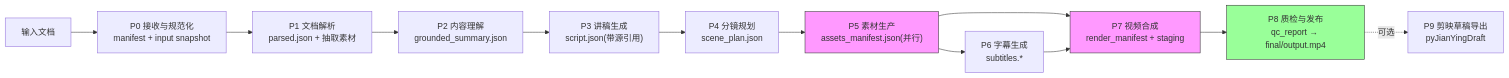
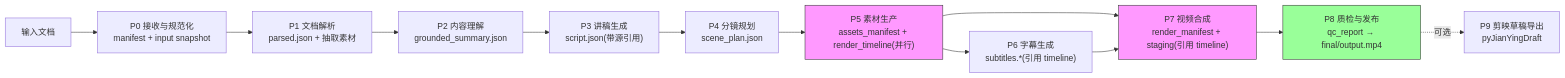
Before and after one commit to raoziqiang/doc2video: the diagram in 技术方案.md, drawn with Mermaid. The commit also changed other lines of this file and 1 other file, not shown here.

````diff
--- a/技术方案.md
+++ b/技术方案.md
@@ -137,18 +137,18 @@
 ```mermaid
 flowchart LR
     A[输入文档] --> B["P0 接收与规范化<br/>manifest + input snapshot"]
     B --> C["P1 文档解析<br/>parsed.json + 抽取素材"]
     C --> D["P2 内容理解<br/>grounded_summary.json"]
     D --> E["P3 讲稿生成<br/>script.json(带源引用)"]
     E --> F["P4 分镜规划<br/>scene_plan.json"]
-    F --> G["P5 素材生产<br/>assets_manifest.json(并行)"]
-    G --> H["P6 字幕生成<br/>subtitles.*"]
-    G --> I["P7 视频合成<br/>render_manifest + staging"]
+    F --> G["P5 素材生产<br/>assets_manifest + render_timeline(并行)"]
+    G --> H["P6 字幕生成<br/>subtitles.*(引用 timeline)"]
+    G --> I["P7 视频合成<br/>render_manifest + staging(引用 timeline)"]
     H --> I
     I --> J["P8 质检与发布<br/>qc_report → final/output.mp4"]
     J -.->|可选| K["P9 剪映草稿导出<br/>pyJianYingDraft"]
 
     style G fill:#f9f,stroke:#333
     style I fill:#f9f,stroke:#333
     style J fill:#9f9,stroke:#333
 ```
````
